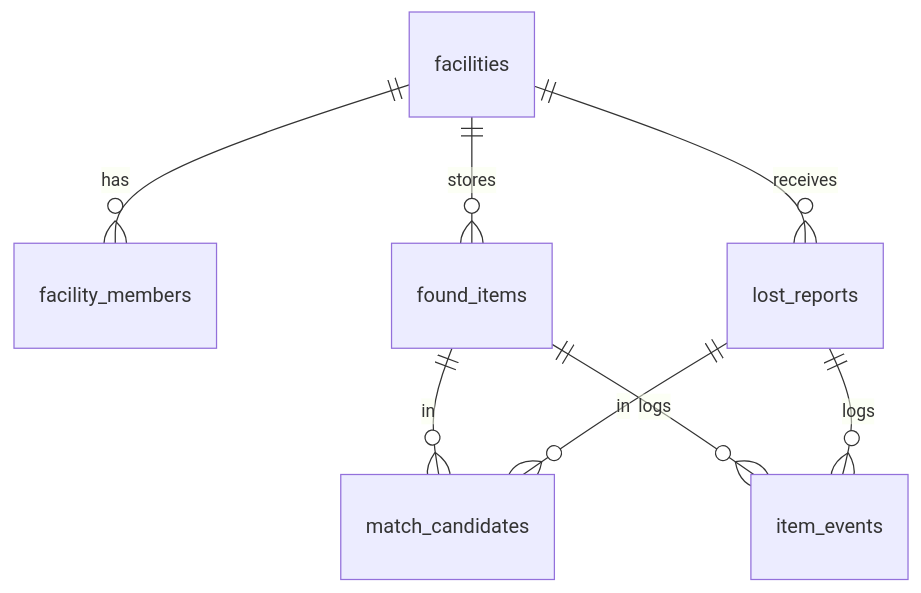
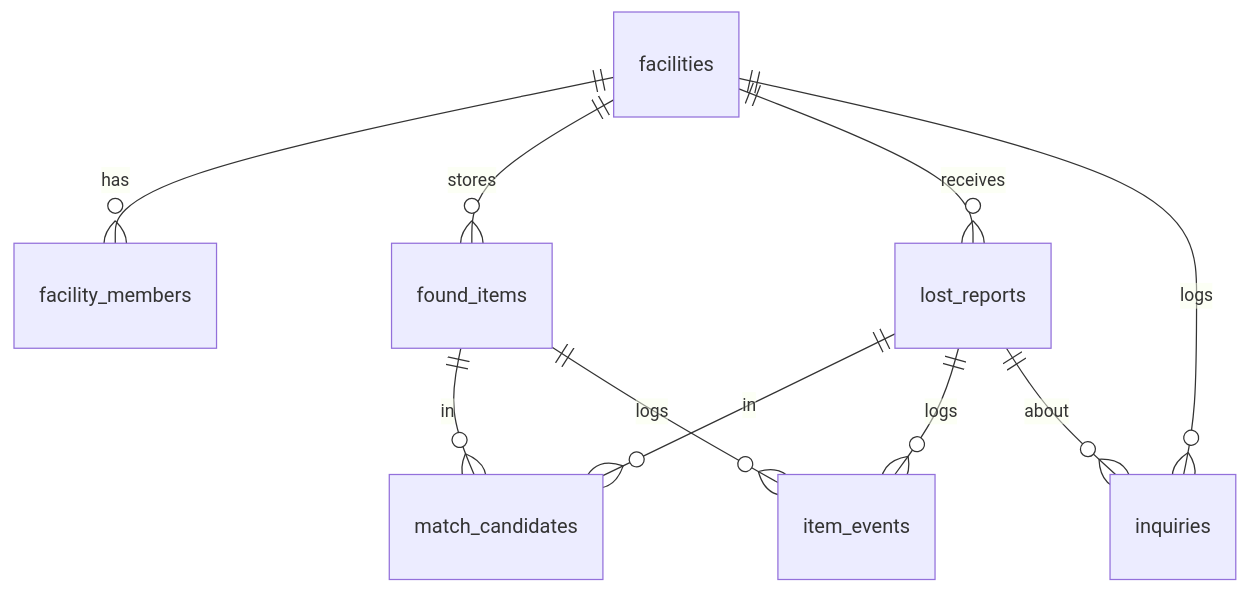
One commit to wjddns0122/itsme changed the second of 2 diagrams in docs/04-architecture.md. Above: the diagram before and after it, drawn with Mermaid. The commit also changed other lines of this file and 14 other files, not shown here.

````diff
--- a/docs/04-architecture.md
+++ b/docs/04-architecture.md
@@ -90,10 +90,12 @@
 ```mermaid
 erDiagram
     facilities ||--o{ facility_members : has
     facilities ||--o{ found_items : stores
     facilities ||--o{ lost_reports : receives
     found_items ||--o{ match_candidates : in
     lost_reports ||--o{ match_candidates : in
     found_items ||--o{ item_events : logs
     lost_reports ||--o{ item_events : logs
+    facilities ||--o{ inquiries : logs
+    lost_reports ||--o{ inquiries : about
 ```
````
